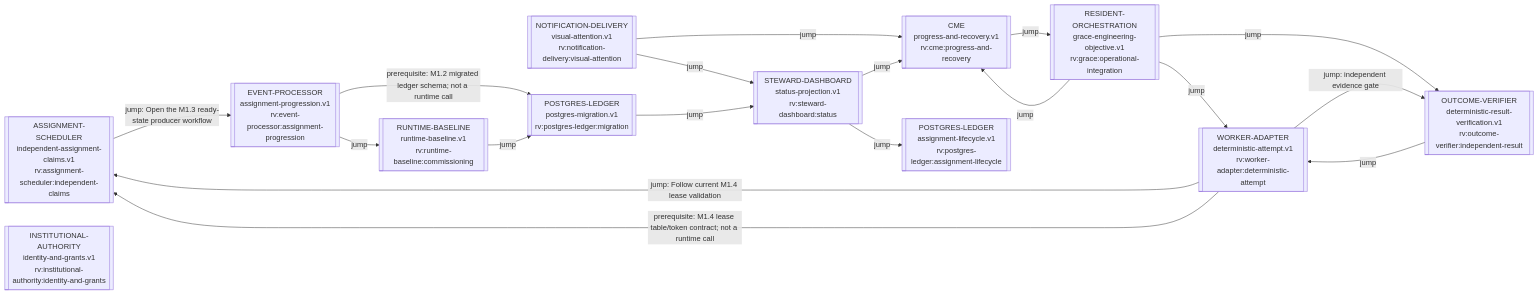
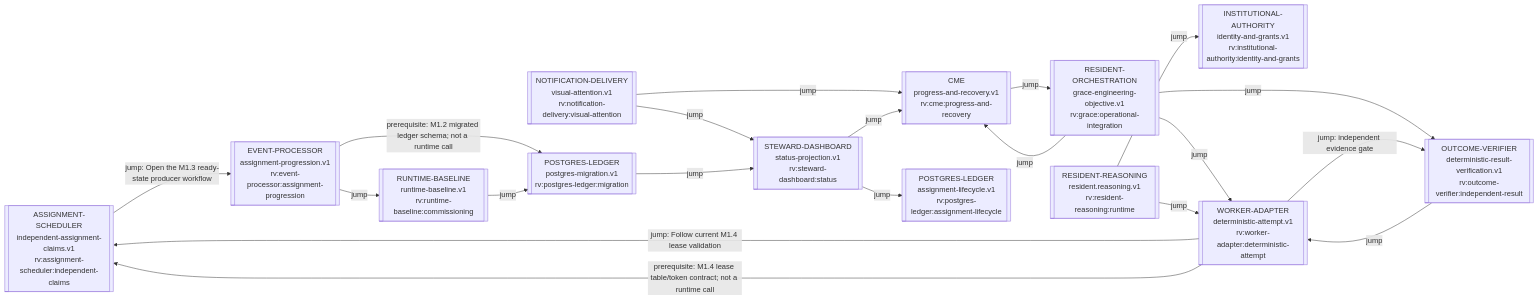
One commit to ppow1/Riverview- changed the diagram in process_graphs/generated/RIVERVIEW_PROCESS_GRAPH.md. Above: the diagram before and after it, drawn with Mermaid. The commit also changed other lines of this file and 81 other files, not shown here.

````diff
--- a/process_graphs/generated/RIVERVIEW_PROCESS_GRAPH.md
+++ b/process_graphs/generated/RIVERVIEW_PROCESS_GRAPH.md
@@ -9,32 +9,35 @@
 ```mermaid
 flowchart LR
   g_rv_assignment_scheduler_independent_claims_88bd80c4[["ASSIGNMENT-SCHEDULER<br/>independent-assignment-claims.v1<br/>rv:assignment-scheduler:independent-claims"]]
   g_rv_cme_progress_and_recovery_402efffa[["CME<br/>progress-and-recovery.v1<br/>rv:cme:progress-and-recovery"]]
   g_rv_event_processor_assignment_progression_fa10db2d[["EVENT-PROCESSOR<br/>assignment-progression.v1<br/>rv:event-processor:assignment-progression"]]
   g_rv_grace_operational_integration_9989f0be[["RESIDENT-ORCHESTRATION<br/>grace-engineering-objective.v1<br/>rv:grace:operational-integration"]]
   g_rv_institutional_authority_identity_and_grants_05fdf0c5[["INSTITUTIONAL-AUTHORITY<br/>identity-and-grants.v1<br/>rv:institutional-authority:identity-and-grants"]]
   g_rv_notification_delivery_visual_attention_3f4f84d2[["NOTIFICATION-DELIVERY<br/>visual-attention.v1<br/>rv:notification-delivery:visual-attention"]]
   g_rv_outcome_verifier_independent_result_1d5c0875[["OUTCOME-VERIFIER<br/>deterministic-result-verification.v1<br/>rv:outcome-verifier:independent-result"]]
   g_rv_postgres_ledger_assignment_lifecycle_a9a01b67[["POSTGRES-LEDGER<br/>assignment-lifecycle.v1<br/>rv:postgres-ledger:assignment-lifecycle"]]
   g_rv_postgres_ledger_migration_4c89ef23[["POSTGRES-LEDGER<br/>postgres-migration.v1<br/>rv:postgres-ledger:migration"]]
+  g_rv_resident_reasoning_runtime_49854a10[["RESIDENT-REASONING<br/>resident.reasoning.v1<br/>rv:resident-reasoning:runtime"]]
   g_rv_runtime_baseline_commissioning_46ff1ccf[["RUNTIME-BASELINE<br/>runtime-baseline.v1<br/>rv:runtime-baseline:commissioning"]]
   g_rv_steward_dashboard_status_75f7c259[["STEWARD-DASHBOARD<br/>status-projection.v1<br/>rv:steward-dashboard:status"]]
   g_rv_worker_adapter_deterministic_attempt_15d59b6f[["WORKER-ADAPTER<br/>deterministic-attempt.v1<br/>rv:worker-adapter:deterministic-attempt"]]
   g_rv_assignment_scheduler_independent_claims_88bd80c4 -->|jump: Open the M1.3 ready-state producer workflow| g_rv_event_processor_assignment_progression_fa10db2d
   g_rv_cme_progress_and_recovery_402efffa -->|jump| g_rv_grace_operational_integration_9989f0be
   g_rv_event_processor_assignment_progression_fa10db2d -->|prerequisite: M1.2 migrated ledger schema; not a runtime call| g_rv_postgres_ledger_migration_4c89ef23
   g_rv_event_processor_assignment_progression_fa10db2d -->|jump| g_rv_runtime_baseline_commissioning_46ff1ccf
   g_rv_grace_operational_integration_9989f0be -->|jump| g_rv_worker_adapter_deterministic_attempt_15d59b6f
   g_rv_grace_operational_integration_9989f0be -->|jump| g_rv_cme_progress_and_recovery_402efffa
   g_rv_grace_operational_integration_9989f0be -->|jump| g_rv_outcome_verifier_independent_result_1d5c0875
   g_rv_notification_delivery_visual_attention_3f4f84d2 -->|jump| g_rv_cme_progress_and_recovery_402efffa
   g_rv_notification_delivery_visual_attention_3f4f84d2 -->|jump| g_rv_steward_dashboard_status_75f7c259
   g_rv_outcome_verifier_independent_result_1d5c0875 -->|jump| g_rv_worker_adapter_deterministic_attempt_15d59b6f
   g_rv_postgres_ledger_migration_4c89ef23 -->|jump| g_rv_steward_dashboard_status_75f7c259
+  g_rv_resident_reasoning_runtime_49854a10 -->|jump| g_rv_worker_adapter_deterministic_attempt_15d59b6f
+  g_rv_resident_reasoning_runtime_49854a10 -->|jump| g_rv_institutional_authority_identity_and_grants_05fdf0c5
   g_rv_runtime_baseline_commissioning_46ff1ccf -->|jump| g_rv_postgres_ledger_migration_4c89ef23
   g_rv_steward_dashboard_status_75f7c259 -->|jump| g_rv_postgres_ledger_assignment_lifecycle_a9a01b67
   g_rv_steward_dashboard_status_75f7c259 -->|jump| g_rv_cme_progress_and_recovery_402efffa
   g_rv_worker_adapter_deterministic_attempt_15d59b6f -->|jump: Follow current M1.4 lease validation| g_rv_assignment_scheduler_independent_claims_88bd80c4
   g_rv_worker_adapter_deterministic_attempt_15d59b6f -->|prerequisite: M1.4 lease table/token contract; not a runtime call| g_rv_assignment_scheduler_independent_claims_88bd80c4
   g_rv_worker_adapter_deterministic_attempt_15d59b6f -->|jump: independent evidence gate| g_rv_outcome_verifier_independent_result_1d5c0875
 ```
````
